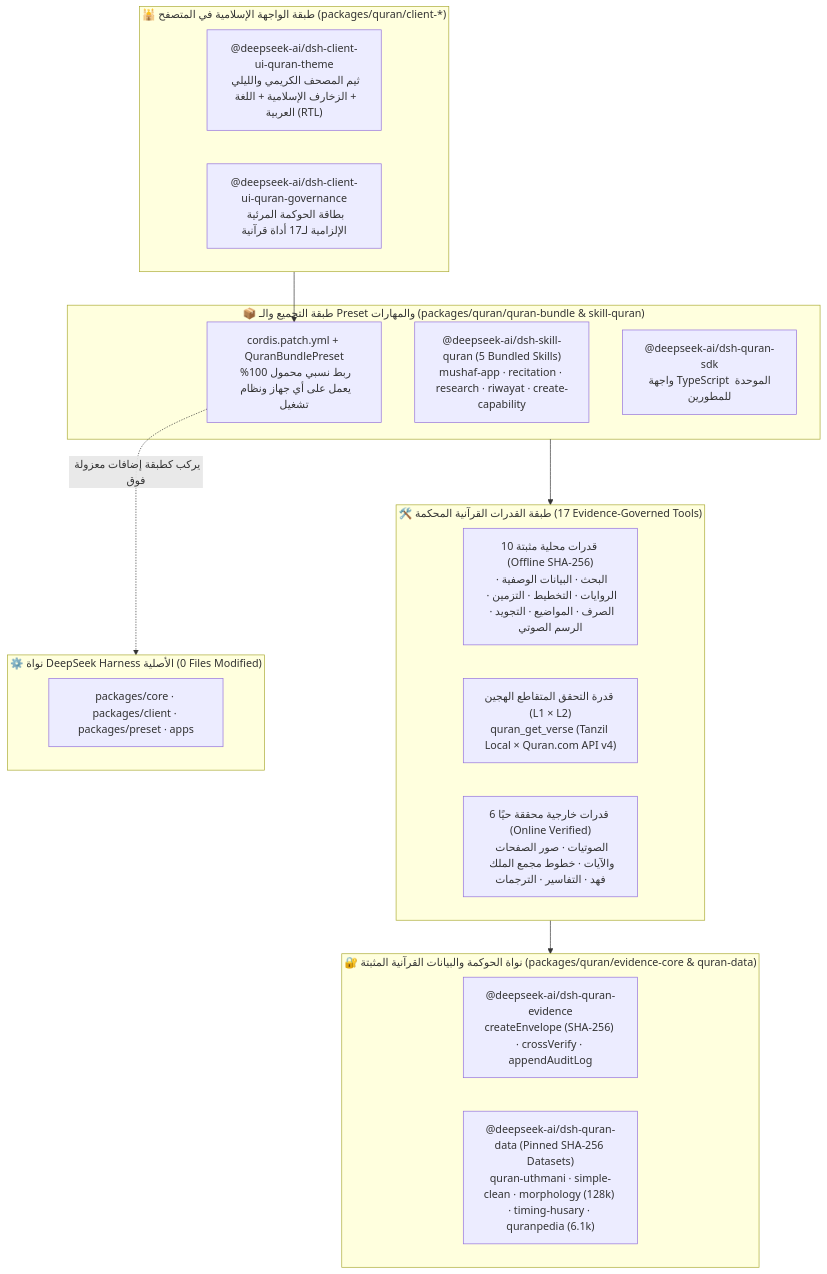
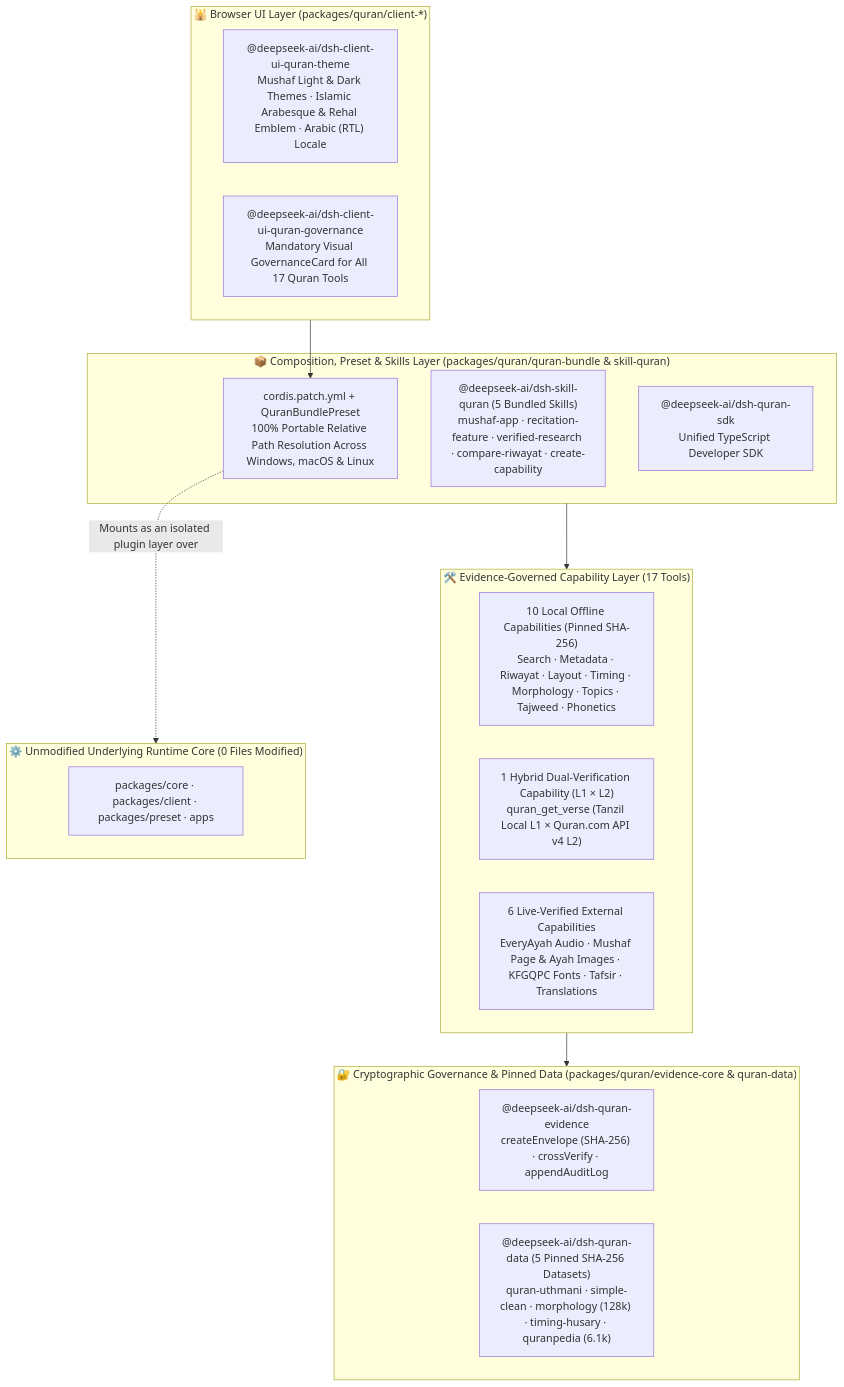
One commit to Barniyah/Quran-Harness changed the diagram in README.md. Above: the diagram before and after it, drawn with Mermaid. The commit also changed other lines of this file and 3 other files, not shown here.

Commit message:
docs(quran): convert README to clean English and rename branding to Quran Harness

````diff
--- a/README.md
+++ b/README.md
@@ -36,33 +39,33 @@
 ```mermaid
 flowchart TB
-    subgraph UI["🕌 طبقة الواجهة الإسلامية في المتصفح (packages/quran/client-*)"]
-        Theme["@deepseek-ai/dsh-client-ui-quran-theme<br/>ثيم المصحف الكريمي والليلي + الزخارف الإسلامية + اللغة العربية (RTL)"]
-        GovCard["@deepseek-ai/dsh-client-ui-quran-governance<br/>بطاقة الحوكمة المرئية الإلزامية لـ17 أداة قرآنية"]
+    subgraph UI["🕌 Browser UI Layer (packages/quran/client-*)"]
+        Theme["@deepseek-ai/dsh-client-ui-quran-theme<br/>Mushaf Light & Dark Themes · Islamic Arabesque & Rehal Emblem · Arabic (RTL) Locale"]
+        GovCard["@deepseek-ai/dsh-client-ui-quran-governance<br/>Mandatory Visual GovernanceCard for All 17 Quran Tools"]
     end
 
-    subgraph Bundle["📦 طبقة التجميع والـ Preset والمهارات (packages/quran/quran-bundle & skill-quran)"]
-        Patch["cordis.patch.yml + QuranBundlePreset<br/>ربط نسبي محمول 100% يعمل على أي جهاز ونظام تشغيل"]
-        Skills["@deepseek-ai/dsh-skill-quran (5 Bundled Skills)<br/>mushaf-app · recitation · research · riwayat · create-capability"]
-        SDK["@deepseek-ai/dsh-quran-sdk<br/>واجهة TypeScript الموحدة للمطورين"]
+    subgraph Bundle["📦 Composition, Preset & Skills Layer (packages/quran/quran-bundle & skill-quran)"]
+        Patch["cordis.patch.yml + QuranBundlePreset<br/>100% Portable Relative Path Resolution Across Windows, macOS & Linux"]
+        Skills["@deepseek-ai/dsh-skill-quran (5 Bundled Skills)<br/>mushaf-app · recitation-feature · verified-research · compare-riwayat · create-capability"]
+        SDK["@deepseek-ai/dsh-quran-sdk<br/>Unified TypeScript Developer SDK"]
     end
 
-    subgraph Tools["🛠️ طبقة القدرات القرآنية المحكمة (17 Evidence-Governed Tools)"]
-        LocalTools["10 قدرات محلية مثبتة (Offline SHA-256)<br/>البحث · البيانات الوصفية · الروايات · التخطيط · التزمين · الصرف · المواضيع · التجويد · الرسم الصوتي"]
-        HybridTool["قدرة التحقق المتقاطع الهجين (L1 × L2)<br/>quran_get_verse (Tanzil Local × Quran.com API v4)"]
-        ExtTools["6 قدرات خارجية محققة حيًا (Online Verified)<br/>الصوتيات · صور الصفحات والآيات · خطوط مجمع الملك فهد · التفاسير · الترجمات"]
+    subgraph Tools["🛠️ Evidence-Governed Capability Layer (17 Tools)"]
+        LocalTools["10 Local Offline Capabilities (Pinned SHA-256)<br/>Search · Metadata · Riwayat · Layout · Timing · Morphology · Topics · Tajweed · Phonetics"]
+        HybridTool["1 Hybrid Dual-Verification Capability (L1 × L2)<br/>quran_get_verse (Tanzil Local L1 × Quran.com API v4 L2)"]
+        ExtTools["6 Live-Verified External Capabilities<br/>EveryAyah Audio · Mushaf Page & Ayah Images · KFGQPC Fonts · Tafsir · Translations"]
     end
 
-    subgraph CoreGov["🔐 نواة الحوكمة والبيانات القرآنية المثبتة (packages/quran/evidence-core & quran-data)"]
+    subgraph CoreGov["🔐 Cryptographic Governance & Pinned Data (packages/quran/evidence-core & quran-data)"]
         EvCore["@deepseek-ai/dsh-quran-evidence<br/>createEnvelope (SHA-256) · crossVerify · appendAuditLog"]
-        PinnedData["@deepseek-ai/dsh-quran-data (Pinned SHA-256 Datasets)<br/>quran-uthmani · simple-clean · morphology (128k) · timing-husary · quranpedia (6.1k)"]
+        PinnedData["@deepseek-ai/dsh-quran-data (5 Pinned SHA-256 Datasets)<br/>quran-uthmani · simple-clean · morphology (128k) · timing-husary · quranpedia (6.1k)"]
     end
 
-    subgraph DSHCore["⚙️ نواة DeepSeek Harness الأصلية (0 Files Modified)"]
+    subgraph HostCore["⚙️ Unmodified Underlying Runtime Core (0 Files Modified)"]
         Upstream["packages/core · packages/client · packages/preset · apps"]
     end
 
     UI --> Patch
     Bundle --> Tools
     Tools --> CoreGov
-    Patch -.->|"يركب كطبقة إضافات معزولة فوق"| DSHCore
+    Patch -.->|"Mounts as an isolated plugin layer over"| HostCore
 ```
````
